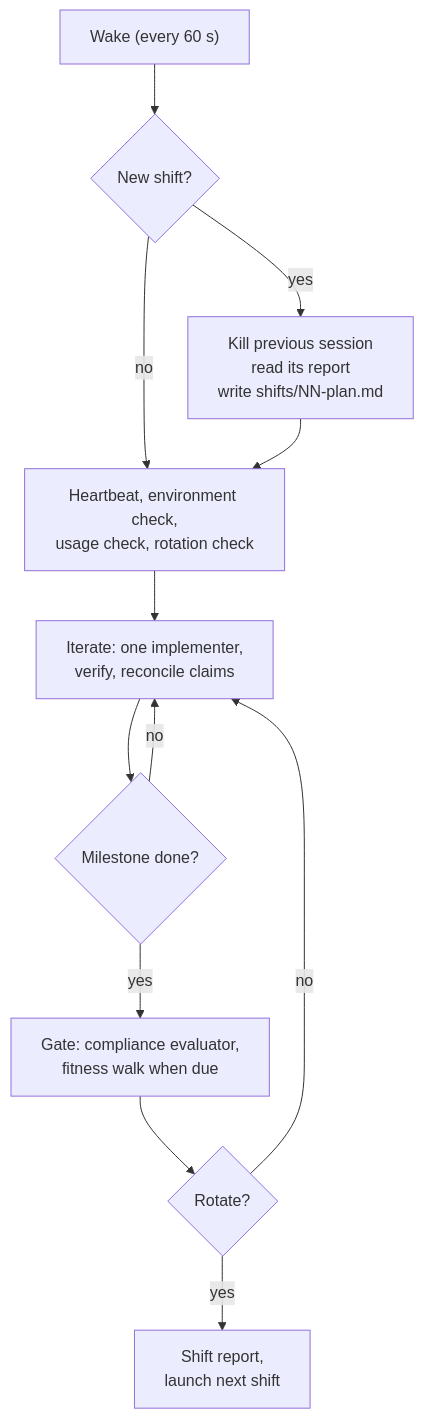
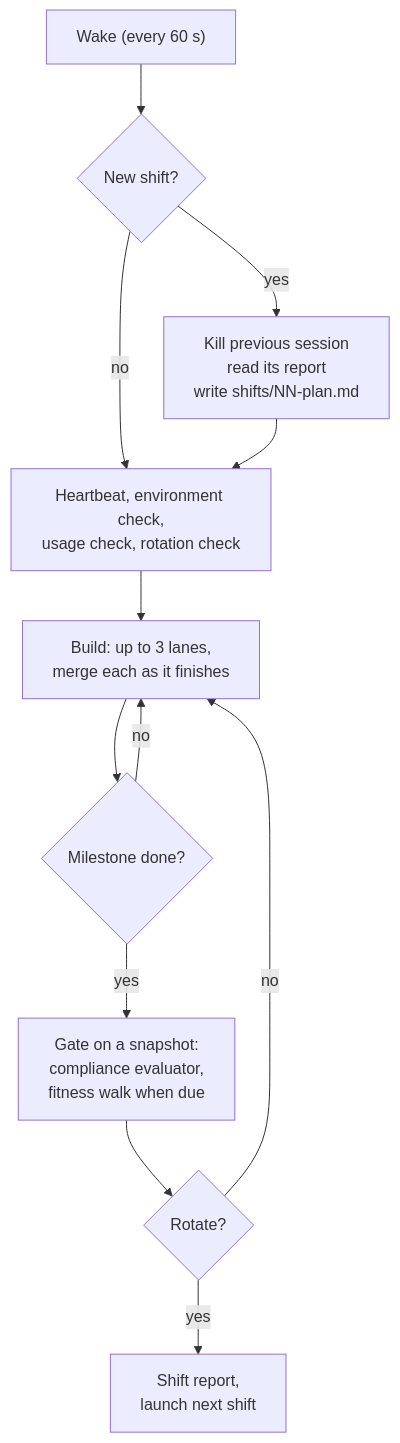
Before and after one commit to Pvragon/presentations: the second of 2 diagrams in pvragon/261021-long-run-harness-architecture.md, drawn with Mermaid. The commit also changed other lines of this file and 1 other file, not shown here.

First line of the commit message:
docs(pvragon): long-run architecture page for a public audience, skill v0.2.0

````diff
--- a/pvragon/261021-long-run-harness-architecture.md
+++ b/pvragon/261021-long-run-harness-architecture.md
@@ -113,14 +129,14 @@
 ```mermaid
 flowchart TD
     W["Wake (every 60 s)"] --> S{"New shift?"}
     S -->|yes| A["Kill previous session<br/>read its report<br/>write shifts/NN-plan.md"]
     S -->|no| H
     A --> H["Heartbeat, environment check,<br/>usage check, rotation check"]
-    H --> I["Iterate: one implementer,<br/>verify, reconcile claims"]
+    H --> I["Build: up to 3 lanes,<br/>merge each as it finishes"]
     I --> G{"Milestone done?"}
     G -->|no| I
-    G -->|yes| C["Gate: compliance evaluator,<br/>fitness walk when due"]
+    G -->|yes| C["Gate on a snapshot:<br/>compliance evaluator,<br/>fitness walk when due"]
     C --> R{"Rotate?"}
     R -->|no| I
     R -->|yes| E["Shift report,<br/>launch next shift"]
 ```
````
